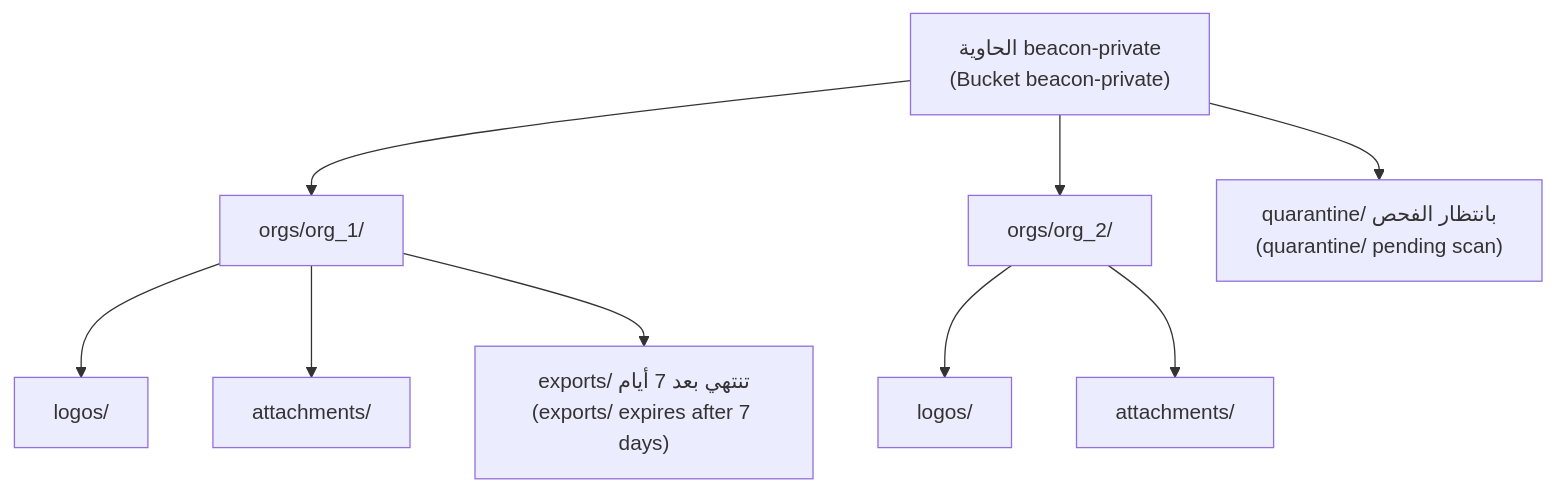
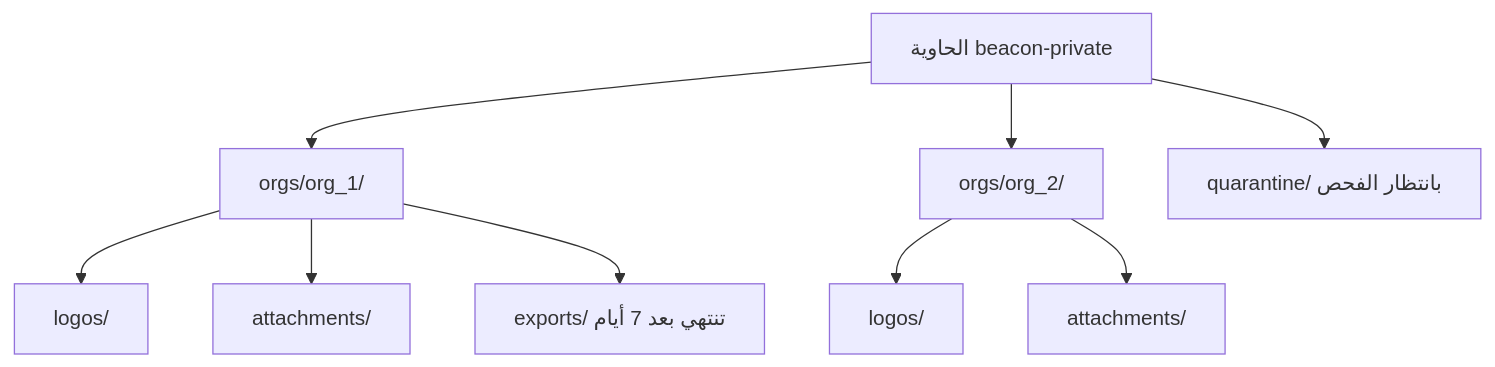
Before and after one commit to Tamoura/system-design-for-vibe-coders: the fourth of 9 diagrams in saas/modules/02-data.ar.md, drawn with Mermaid. The commit also changed other lines of this file and 551 other files, not shown here.

````diff
--- a/saas/modules/02-data.ar.md
+++ b/saas/modules/02-data.ar.md
@@ -404,11 +431,11 @@
 ```mermaid
 flowchart TD
-    B["الحاوية beacon-private<br/>(Bucket beacon-private)"] --> O1["orgs/org_1/"]
+    B["الحاوية beacon-private"] --> O1["orgs/org_1/"]
     B --> O2["orgs/org_2/"]
     O1 --> L1["logos/"]
     O1 --> A1["attachments/"]
-    O1 --> E1["exports/ تنتهي بعد 7 أيام<br/>(exports/ expires after 7 days)"]
+    O1 --> E1["exports/ تنتهي بعد 7 أيام"]
     O2 --> L2["logos/"]
     O2 --> A2["attachments/"]
-    B --> Q["quarantine/ بانتظار الفحص<br/>(quarantine/ pending scan)"]
+    B --> Q["quarantine/ بانتظار الفحص"]
 ```
````
